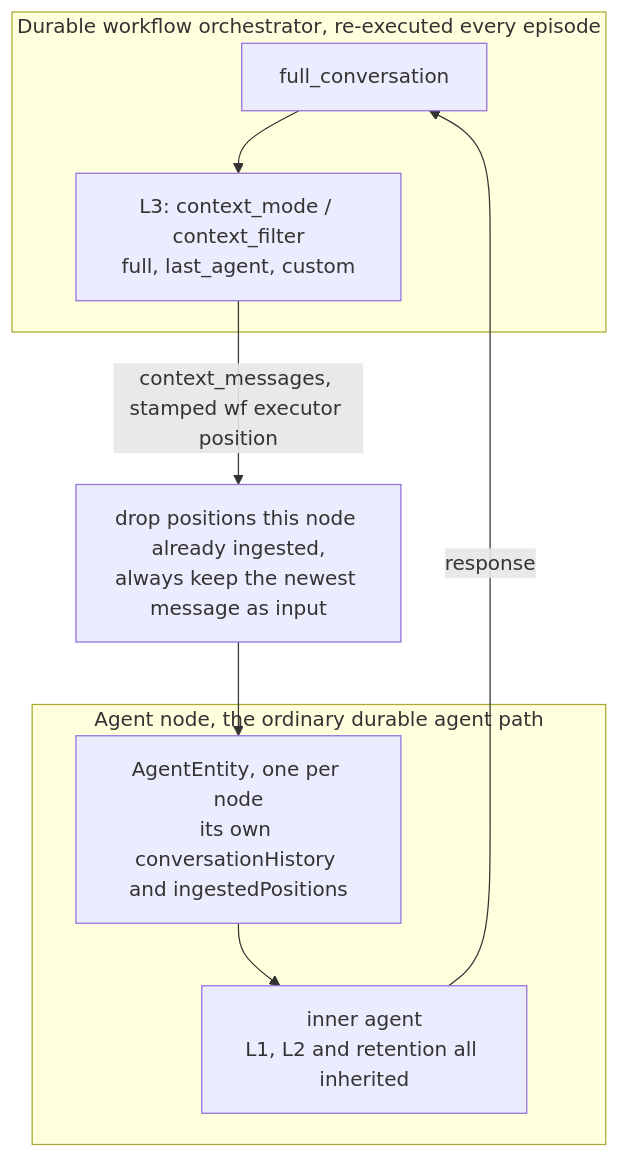
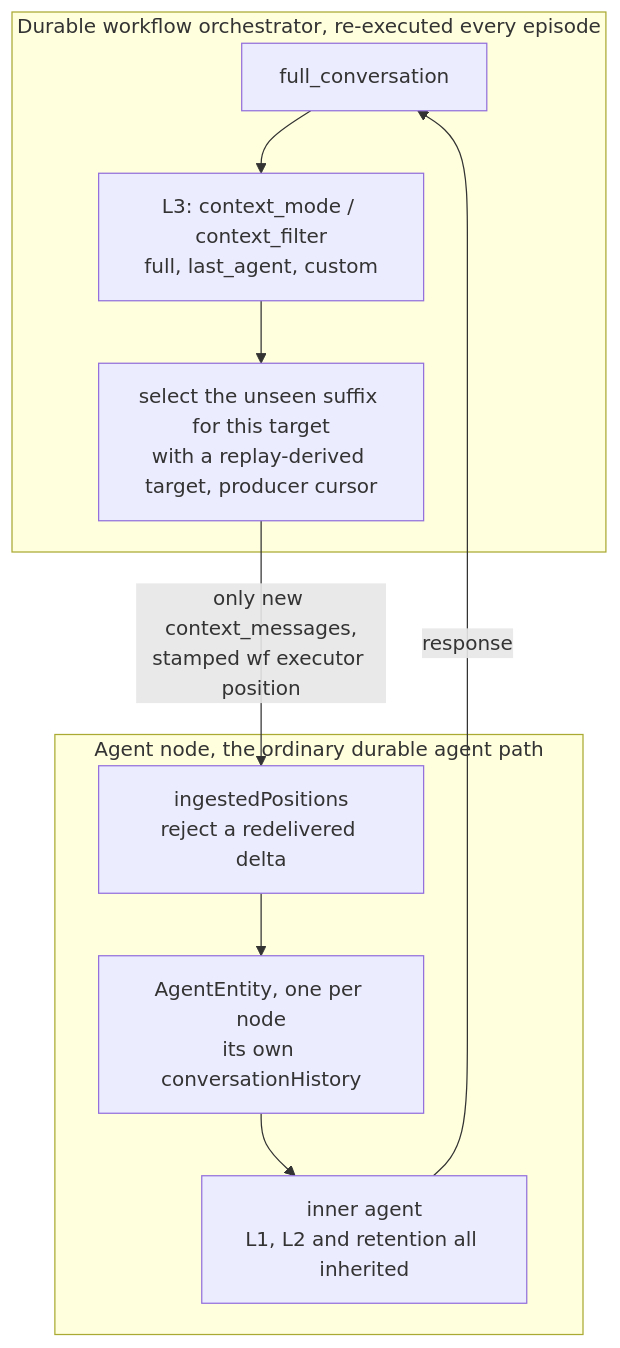
One commit to microsoft/agent-framework-durable-extension changed the fourth of 5 diagrams in docs/decisions/0032-durable-thread-compaction.md. Above: the diagram before and after it, drawn with Mermaid. The commit also changed other lines of this file, not shown here.

````diff
--- a/docs/decisions/0032-durable-thread-compaction.md
+++ b/docs/decisions/0032-durable-thread-compaction.md
@@ -526,20 +650,19 @@
 ```mermaid
 flowchart TB
     subgraph ORCH["Durable workflow orchestrator, re-executed every episode"]
         FC["full_conversation"]
         PROJ["L3: context_mode / context_filter<br/>full, last_agent, custom"]
-        FC --> PROJ
+    DELTA["select the unseen suffix for this target<br/>with a replay-derived target, producer cursor"]
+    FC --> PROJ --> DELTA
     end
 
-    DEDUP["drop positions this node already ingested,<br/>always keep the newest message as input"]
-
     subgraph NODE["Agent node, the ordinary durable agent path"]
-        ENTITY["AgentEntity, one per node<br/>its own conversationHistory and ingestedPositions"]
+    GUARD["ingestedPositions<br/>reject a redelivered delta"]
+    ENTITY["AgentEntity, one per node<br/>its own conversationHistory"]
         INNER["inner agent<br/>L1, L2 and retention all inherited"]
-        ENTITY --> INNER
+    GUARD --> ENTITY --> INNER
     end
 
-    PROJ -->|"context_messages, stamped wf executor position"| DEDUP
-    DEDUP --> ENTITY
+  DELTA -->|"only new context_messages,<br/>stamped wf executor position"| GUARD
     INNER -->|"response"| FC
 ```
````
